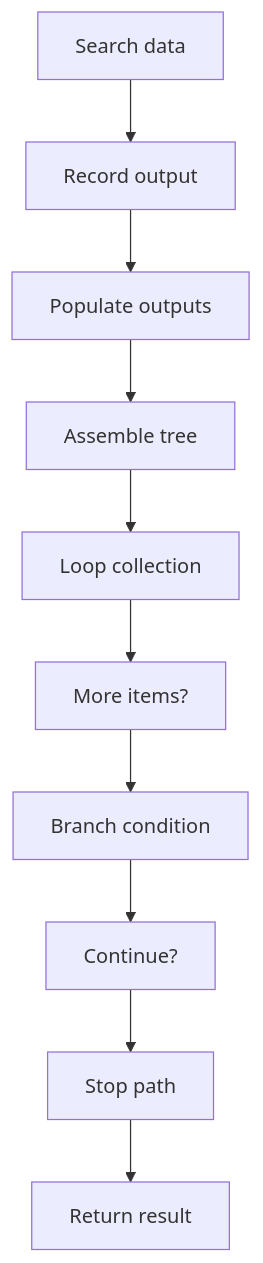
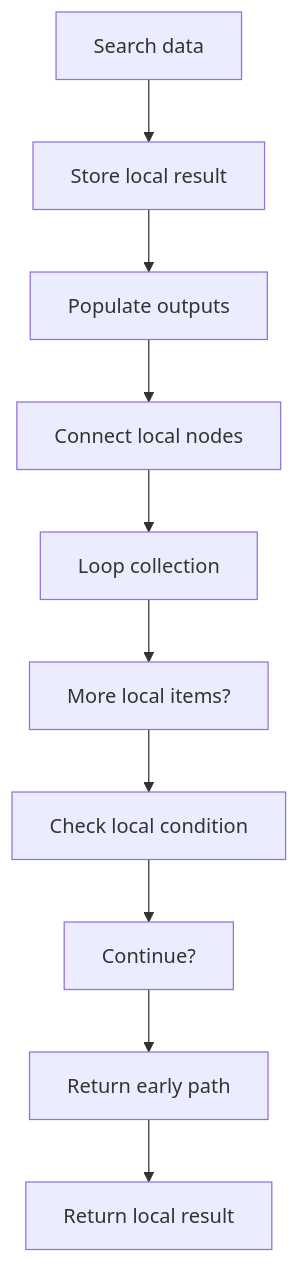
The sixth of 8 diagrams in docs/Codebase/Microservice/Modules/Source/Analysis/ImplementationUse/Resolution/Symbols/Query/Flow/symbols_queries_program_flow.cpp.md (JohnAndrewBalbarosa/NeoTerritory), drawn with Mermaid before and after one commit. The commit also changed other lines of this file and 915 other files, not shown here.

````diff
--- a/docs/Codebase/Microservice/Modules/Source/Analysis/ImplementationUse/Resolution/Symbols/Query/Flow/symbols_queries_program_flow.cpp.md
+++ b/docs/Codebase/Microservice/Modules/Source/Analysis/ImplementationUse/Resolution/Symbols/Query/Flow/symbols_queries_program_flow.cpp.md
@@ -145,22 +145,22 @@
 ```mermaid
 flowchart TD
     N0["Search data"]
-    N1["Record output"]
+    N1["Store local result"]
     N2["Populate outputs"]
-    N3["Assemble tree"]
+    N3["Connect local nodes"]
     N4["Loop collection"]
-    N5["More items?"]
-    N6["Branch condition"]
+    N5["More local items?"]
+    N6["Check local condition"]
     N7["Continue?"]
-    N8["Stop path"]
-    N9["Return result"]
+    N8["Return early path"]
+    N9["Return local result"]
     N0 --> N1
     N1 --> N2
     N2 --> N3
     N3 --> N4
     N4 --> N5
     N5 --> N6
     N6 --> N7
     N7 --> N8
     N8 --> N9
 ```
````
